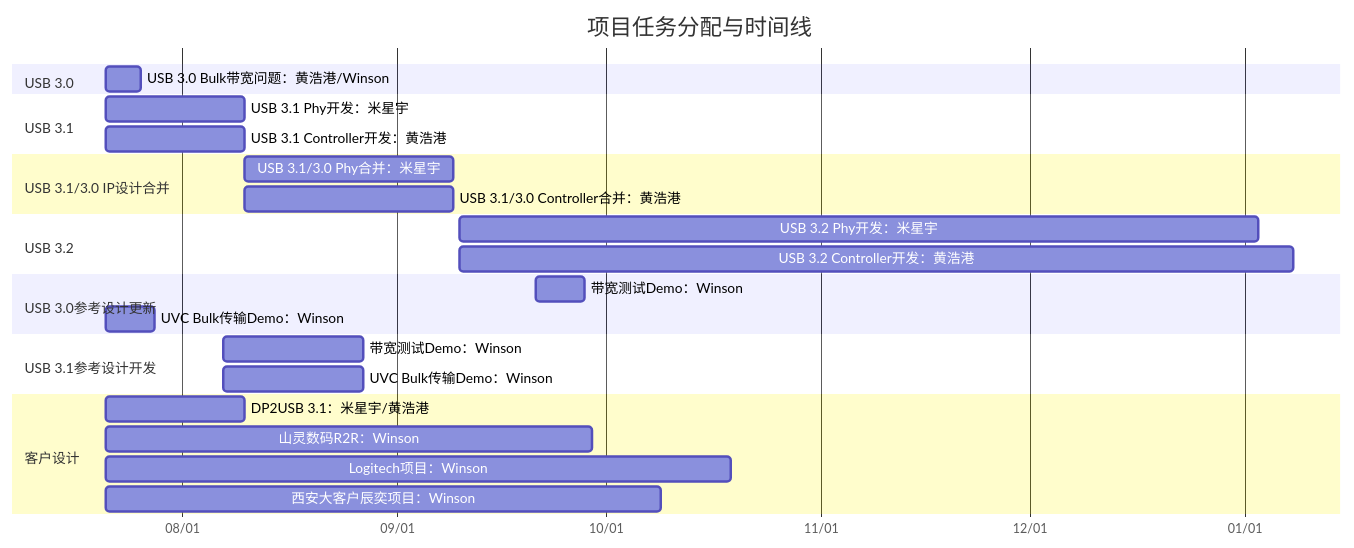
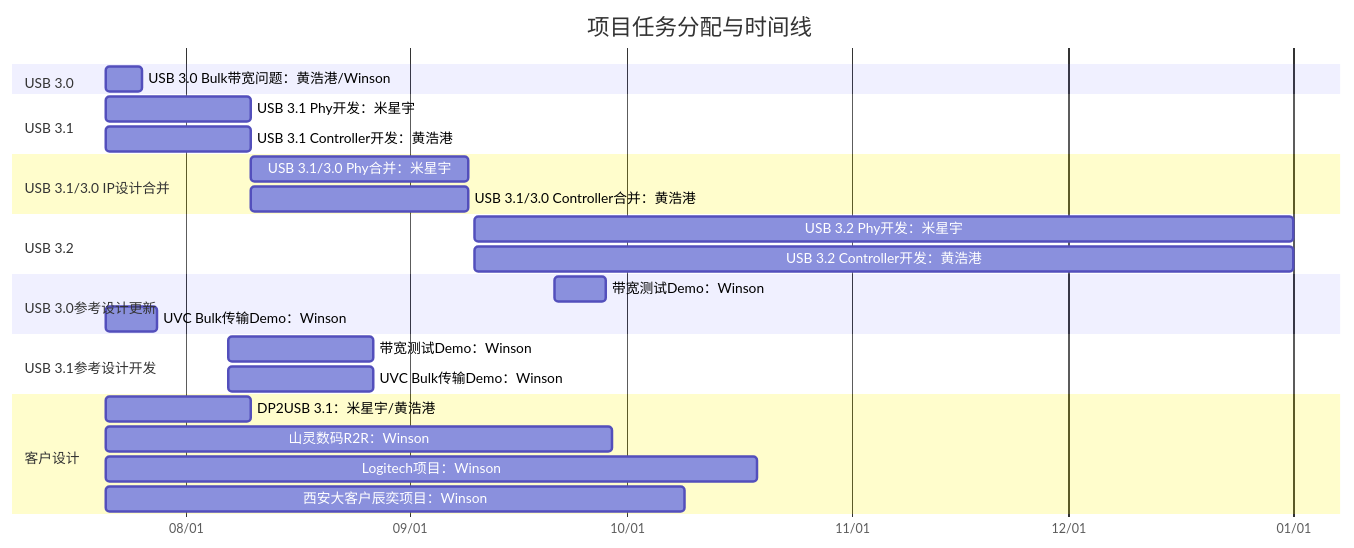
The diagram in all/未命名.md (winsonbook/iodraw-files), drawn with Mermaid before and after one commit.

Commit message:
2025-07-21 10:15:55 update

````diff
--- a/all/未命名.md
+++ b/all/未命名.md
@@ -1,35 +1,35 @@
 ```mermaid
 gantt
     title 项目任务分配与时间线
     dateFormat  YYYY-MM-DD
     axisFormat  %m/%d
 
     section USB 3.0
     USB 3.0 Bulk带宽问题：黄浩港/Winson   :    task1, 2025-07-21, 5d
 
     section USB 3.1
     USB 3.1 Phy开发：米星宇      :         task2, 2025-07-21, 20d
     USB 3.1 Controller开发：黄浩港      :  task3, 2025-07-21, 20d
 
     section USB 3.1/3.0 IP设计合并
     USB 3.1/3.0 Phy合并：米星宇       :    task4, 2025-08-10, 30d
     USB 3.1/3.0 Controller合并：黄浩港:    task5, 2025-08-10, 30d
 
     section USB 3.2
-    USB 3.2 Phy开发：米星宇      :         task2, 2025-09-10, 115d
-    USB 3.2 Controller开发：黄浩港      :  task3, 2025-09-10, 120d
+    USB 3.2 Phy开发：米星宇      :         task2, 2025-09-10, 113d
+    USB 3.2 Controller开发：黄浩港      :  task3, 2025-09-10, 113d
 
     section USB 3.0参考设计更新
     带宽测试Demo：Winson       :         task6, 2025-09-21, 7d
     UVC Bulk传输Demo：Winson   :        task7, 2025-07-21, 7d
 
     section USB 3.1参考设计开发
     带宽测试Demo：Winson       :         task8, 2025-08-07, 20d
     UVC Bulk传输Demo：Winson   :         task9, 2025-08-07, 20d
 
     section 客户设计
     DP2USB 3.1：米星宇/黄浩港      :task10, 2025-07-21, 20d
     山灵数码R2R：Winson :             task11, 2025-07-21, 70d
     Logitech项目：Winson :            task12, 2025-07-21, 90d
     西安大客户辰奕项目：Winson :       task13, 2025-07-21, 80d
 ```
````
